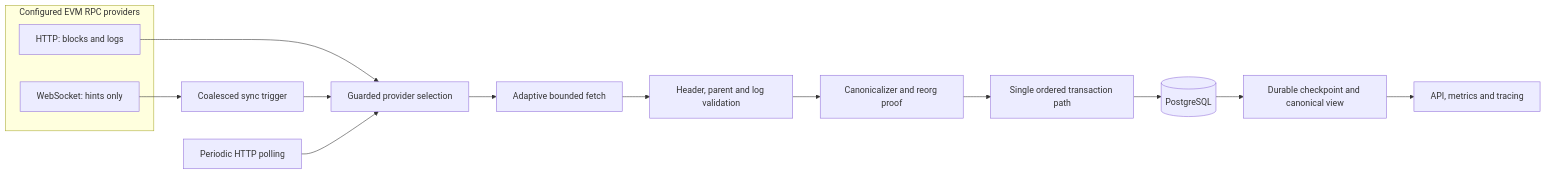
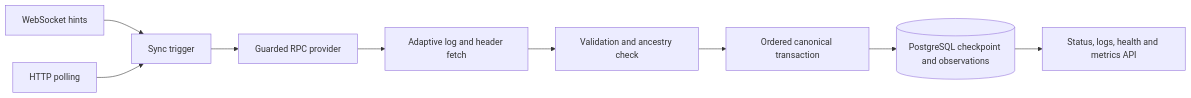
The diagram in README.md (demo-lenoir/ReorgGuard), drawn with Mermaid before and after one commit. The commit also changed other lines of this file, not shown here.

Commit message:
docs: explain architecture and local verification

````diff
--- a/README.md
+++ b/README.md
@@ -25,19 +9,11 @@
 ```mermaid
 flowchart LR
-  subgraph RPC[Configured EVM RPC providers]
-    HTTP[HTTP: blocks and logs]
-    WS[WebSocket: hints only]
-  end
-
-  WS --> Wake[Coalesced sync trigger]
-  HTTP --> Pool[Guarded provider selection]
-  Wake --> Pool
-  Poll[Periodic HTTP polling] --> Pool
-  Pool --> Fetch[Adaptive bounded fetch]
-  Fetch --> Validate[Header, parent and log validation]
-  Validate --> Canon[Canonicalizer and reorg proof]
-  Canon --> Commit[Single ordered transaction path]
-  Commit --> DB[(PostgreSQL)]
-  DB --> State[Durable checkpoint and canonical view]
-  State --> API[API, metrics and tracing]
+  WS[WebSocket hints] --> T[Sync trigger]
+  Poll[HTTP polling] --> T
+  T --> RPC[Guarded RPC provider]
+  RPC --> F[Adaptive log and header fetch]
+  F --> V[Validation and ancestry check]
+  V --> C[Ordered canonical transaction]
+  C --> DB[(PostgreSQL checkpoint and observations)]
+  DB --> API[Status, logs, health and metrics API]
 ```
````
